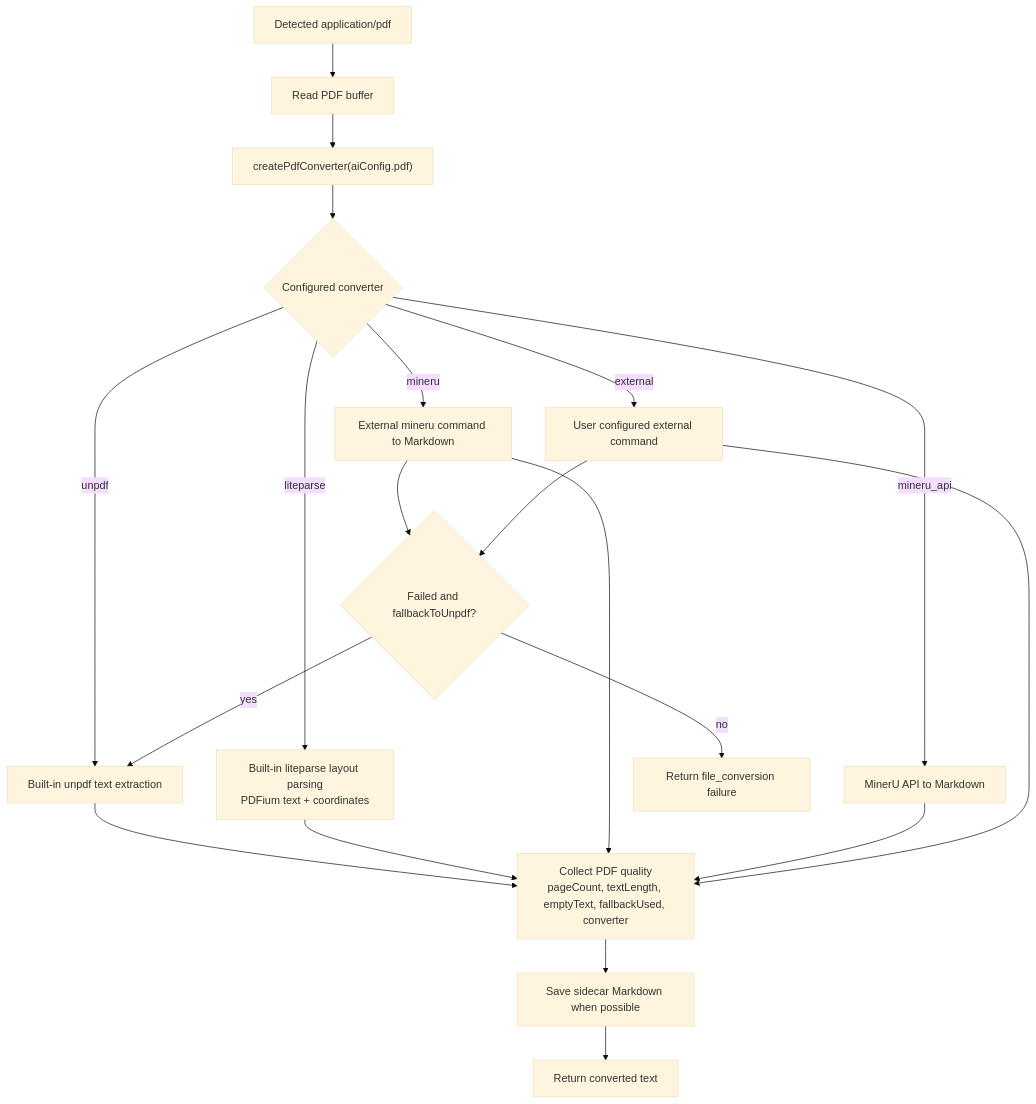
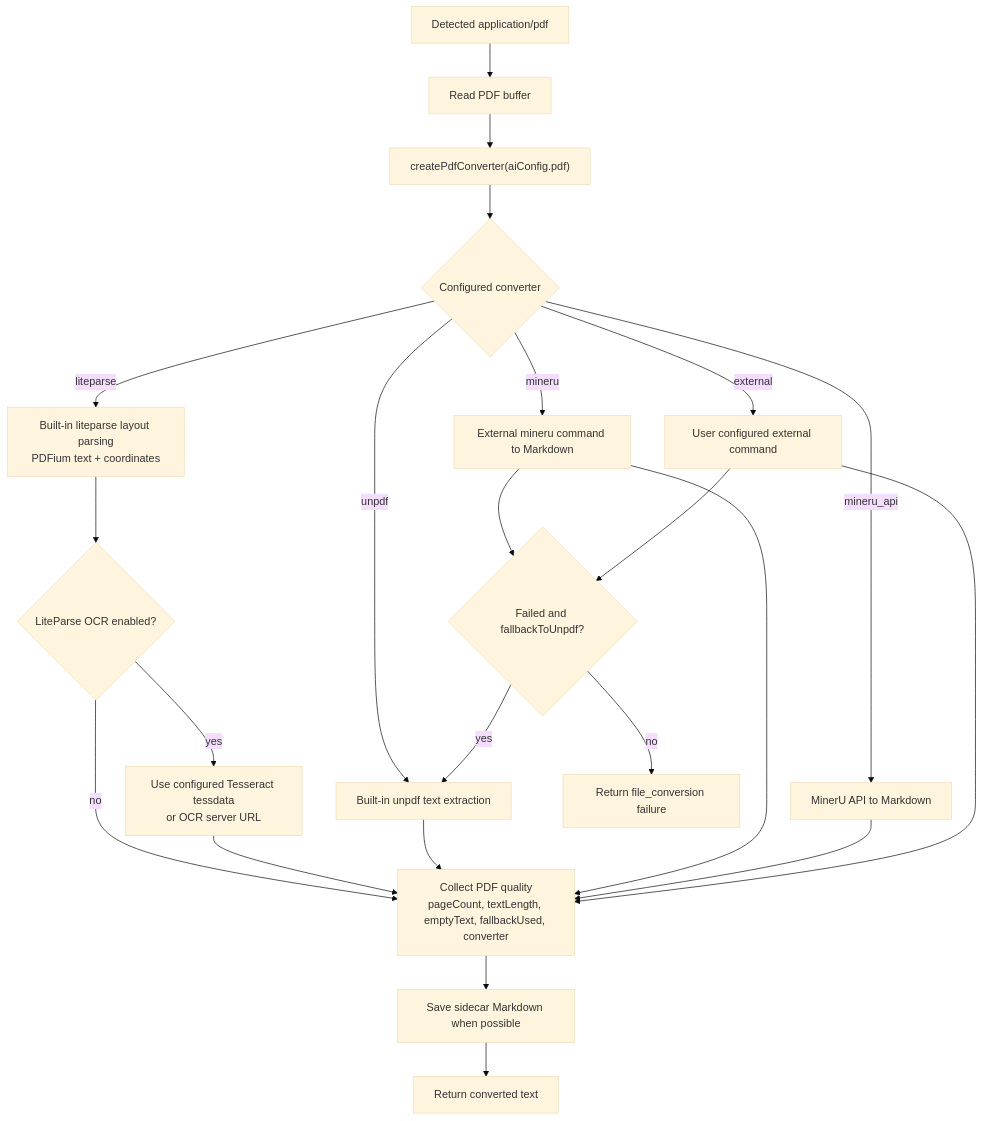
One commit to OSpoon/aiex-cli changed the second of 6 diagrams in docs/flow-chart.md. Above: the diagram before and after it, drawn with Mermaid (base theme). The commit also changed 11 other files, not shown here.

Commit message:
feat: add LiteParse OCR support with configuration options and enhance UI components

````diff
--- a/docs/flow-chart.md
+++ b/docs/flow-chart.md
@@ -35,26 +35,29 @@
 ```mermaid
 flowchart TD
   P0["Detected application/pdf"] --> P1["Read PDF buffer"]
   P1 --> P2["createPdfConverter(aiConfig.pdf)"]
   P2 --> P3{"Configured converter"}
 
   P3 -->|"unpdf"| U1["Built-in unpdf text extraction"]
   P3 -->|"liteparse"| L1["Built-in liteparse layout parsing\nPDFium text + coordinates"]
+  L1 --> L2{"LiteParse OCR enabled?"}
+  L2 -->|"yes"| L3["Use configured Tesseract tessdata\nor OCR server URL"]
+  L2 -->|"no"| Q1
+  L3 --> Q1
   P3 -->|"mineru"| M1["External mineru command to Markdown"]
   P3 -->|"mineru_api"| A1["MinerU API to Markdown"]
   P3 -->|"external"| X1["User configured external command"]
 
   M1 --> F1{"Failed and fallbackToUnpdf?"}
   X1 --> F1
   F1 -->|"yes"| U1
   F1 -->|"no"| E1["Return file_conversion failure"]
 
   U1 --> Q1["Collect PDF quality\npageCount, textLength, emptyText, fallbackUsed, converter"]
-  L1 --> Q1
   M1 --> Q1
   A1 --> Q1
   X1 --> Q1
 
   Q1 --> S1["Save sidecar Markdown when possible"]
   S1 --> O1["Return converted text"]
 ```
````
